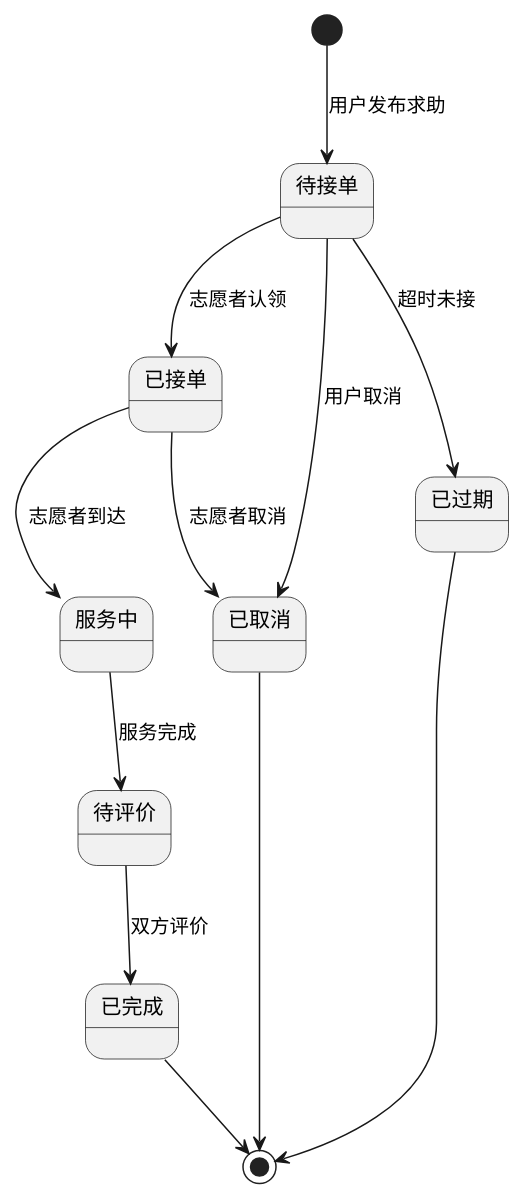
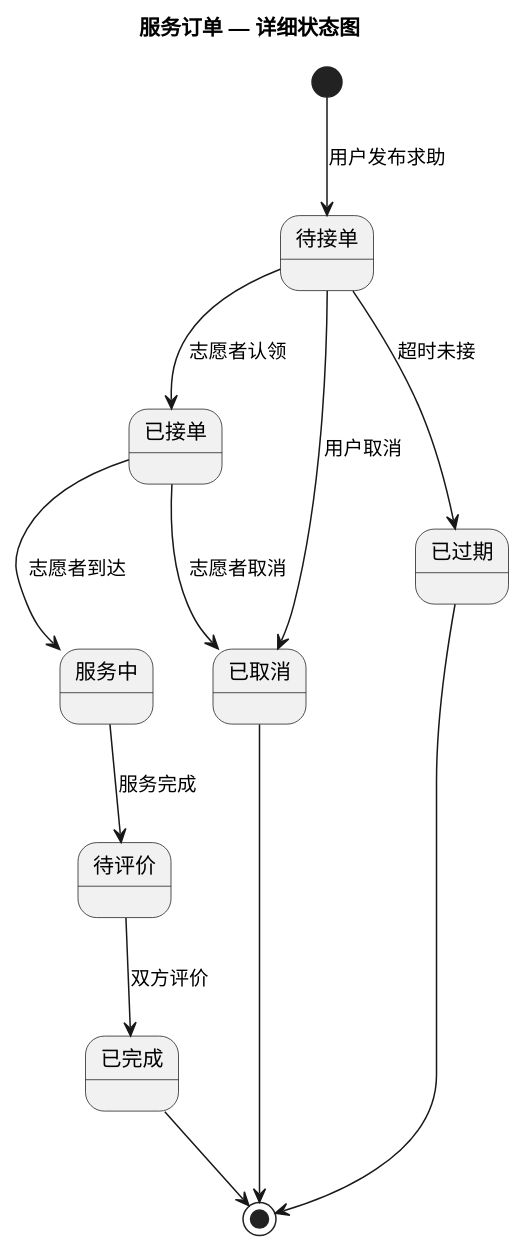
One commit to jdm4pku/RE-skills-zh changed the fifth of 9 diagrams in commands/model-requirements.md. Above: the diagram before and after it, drawn with PlantUML. The commit also changed other lines of this file and 11 other files, not shown here.

````diff
--- a/commands/model-requirements.md
+++ b/commands/model-requirements.md
@@ -158,19 +243,20 @@
 ```plantuml
 @startuml state-service-order
+title 服务订单 — 详细状态图
 [*] --> 待接单 : 用户发布求助
 
 待接单 --> 已接单 : 志愿者认领
 待接单 --> 已过期 : 超时未接
 待接单 --> 已取消 : 用户取消
 
 已接单 --> 服务中 : 志愿者到达
 已接单 --> 已取消 : 志愿者取消
 
 服务中 --> 待评价 : 服务完成
 待评价 --> 已完成 : 双方评价
 
 已完成 --> [*]
 已取消 --> [*]
 已过期 --> [*]
 @enduml
 ```
````
